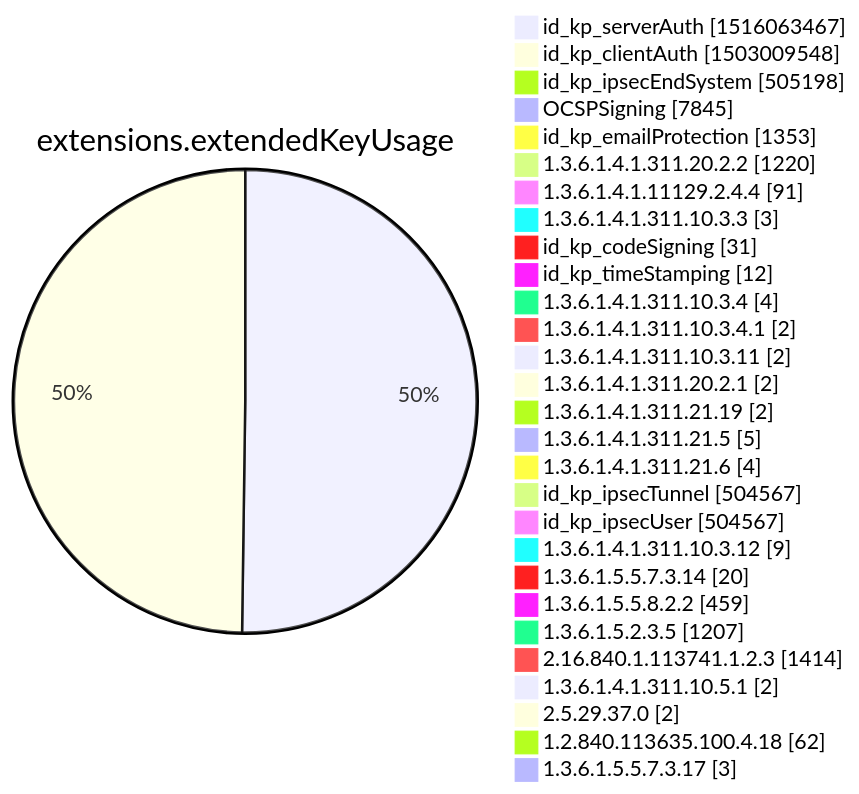
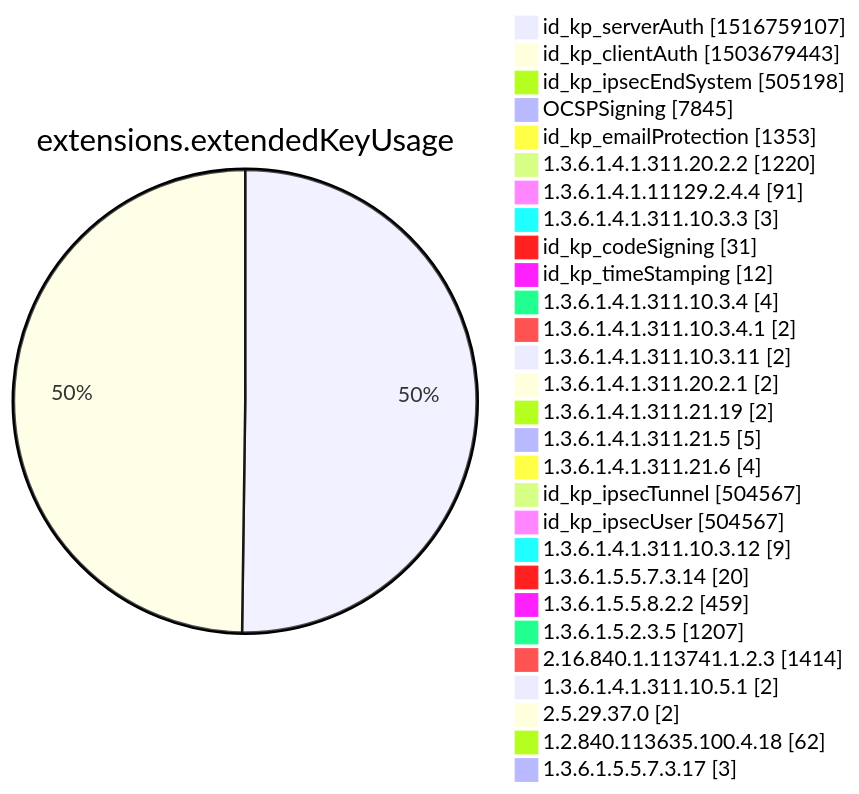
One commit to christiankrug/ctmonitor_visualization changed diagram 12 of 15 in xenon2022/README.md. Above: the diagram before and after it, drawn with Mermaid. The commit also changed other lines of this file, not shown here.

````diff
--- a/xenon2022/README.md
+++ b/xenon2022/README.md
@@ -3877,32 +3877,32 @@
 ```mermaid
 pie showData
 title extensions.extendedKeyUsage
-"id_kp_serverAuth" :1516063467
-"id_kp_clientAuth" :1503009548
+"id_kp_serverAuth" :1516759107
+"id_kp_clientAuth" :1503679443
 "id_kp_ipsecEndSystem" :505198
 "OCSPSigning" :7845
 "id_kp_emailProtection" :1353
 "1.3.6.1.4.1.311.20.2.2" :1220
 "1.3.6.1.4.1.11129.2.4.4" :91
 "1.3.6.1.4.1.311.10.3.3" :3
 "id_kp_codeSigning" :31
 "id_kp_timeStamping" :12
 "1.3.6.1.4.1.311.10.3.4" :4
 "1.3.6.1.4.1.311.10.3.4.1" :2
 "1.3.6.1.4.1.311.10.3.11" :2
 "1.3.6.1.4.1.311.20.2.1" :2
 "1.3.6.1.4.1.311.21.19" :2
 "1.3.6.1.4.1.311.21.5" :5
 "1.3.6.1.4.1.311.21.6" :4
 "id_kp_ipsecTunnel" :504567
 "id_kp_ipsecUser" :504567
 "1.3.6.1.4.1.311.10.3.12" :9
 "1.3.6.1.5.5.7.3.14" :20
 "1.3.6.1.5.5.8.2.2" :459
 "1.3.6.1.5.2.3.5" :1207
 "2.16.840.1.113741.1.2.3" :1414
 "1.3.6.1.4.1.311.10.5.1" :2
 "2.5.29.37.0" :2
 "1.2.840.113635.100.4.18" :62
 "1.3.6.1.5.5.7.3.17" :3
 ```
````
